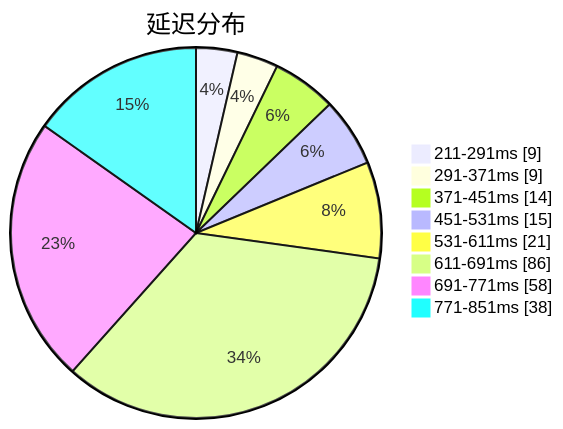
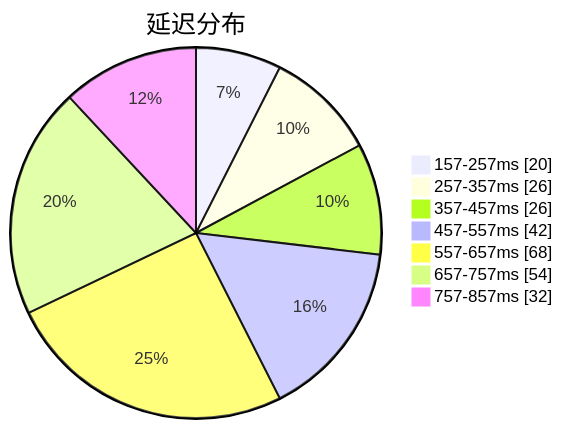
Before and after one commit to qjlxg/airport: the first of 3 diagrams in subs/statistics/tested_within.md, drawn with Mermaid. The commit also changed other lines of this file and 2 other files, not shown here.

Commit message:
Tested by metaST

````diff
--- a/subs/statistics/tested_within.md
+++ b/subs/statistics/tested_within.md
@@ -2,12 +2,11 @@
 ```mermaid
 pie showData
 title 延迟分布
-"211-291ms" : 9
-"291-371ms" : 9
-"371-451ms" : 14
-"451-531ms" : 15
-"531-611ms" : 21
-"611-691ms" : 86
-"691-771ms" : 58
-"771-851ms" : 38
+"157-257ms" : 20
+"257-357ms" : 26
+"357-457ms" : 26
+"457-557ms" : 42
+"557-657ms" : 68
+"657-757ms" : 54
+"757-857ms" : 32
 ```
````
